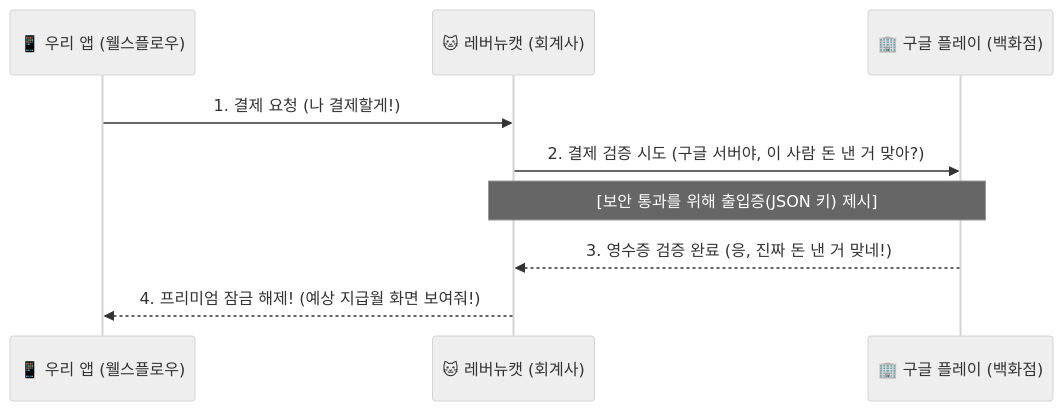
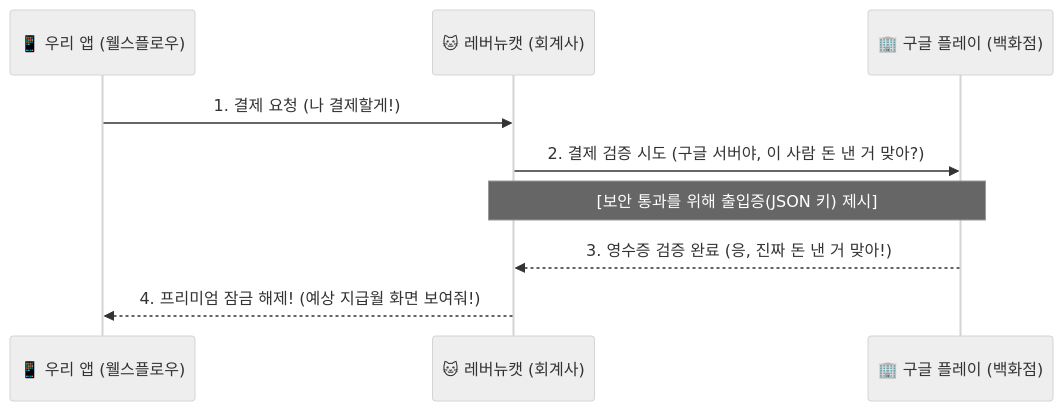
One commit to HaSangSeon/wealth-flow changed the diagram in PAYMENT_CONCEPTS.md. Above: the diagram before and after it, drawn with Mermaid (neutral theme). The commit also changed other lines of this file, not shown here.

````diff
--- a/PAYMENT_CONCEPTS.md
+++ b/PAYMENT_CONCEPTS.md
@@ -45,12 +45,12 @@
 ```mermaid
 sequenceDiagram
     participant App as 📱 우리 앱 (웰스플로우)
     participant RC as 🐱 레버뉴캣 (회계사)
     participant Google as 🏢 구글 플레이 (백화점)
 
     App->>RC: 1. 결제 요청 (나 결제할게!)
     RC->>Google: 2. 결제 검증 시도 (구글 서버야, 이 사람 돈 낸 거 맞아?)
     Note over RC,Google: [보안 통과를 위해 출입증(JSON 키) 제시]
-    Google-->>RC: 3. 영수증 검증 완료 (응, 진짜 돈 낸 거 맞네!)
+    Google-->>RC: 3. 영수증 검증 완료 (응, 진짜 돈 낸 거 맞아!)
     RC-->>App: 4. 프리미엄 잠금 해제! (예상 지급월 화면 보여줘!)
 ```
````
